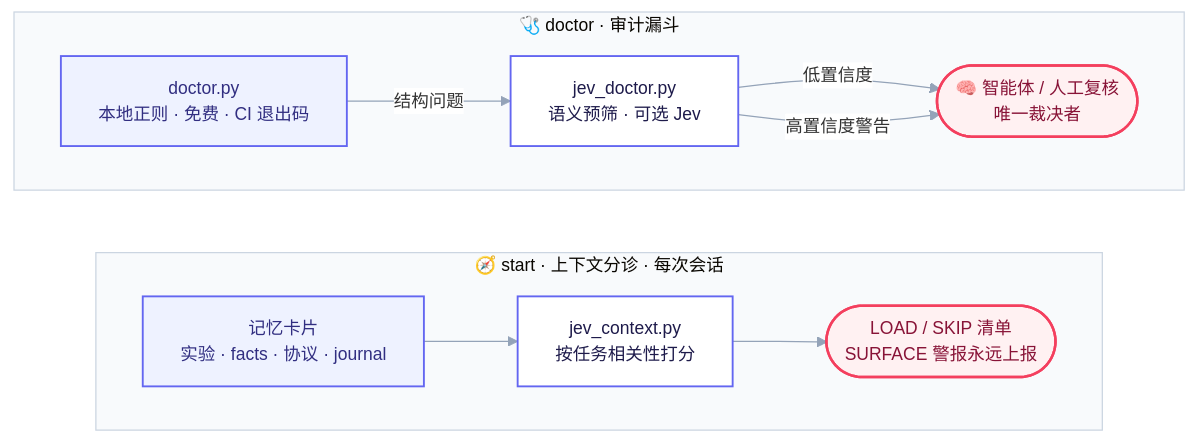
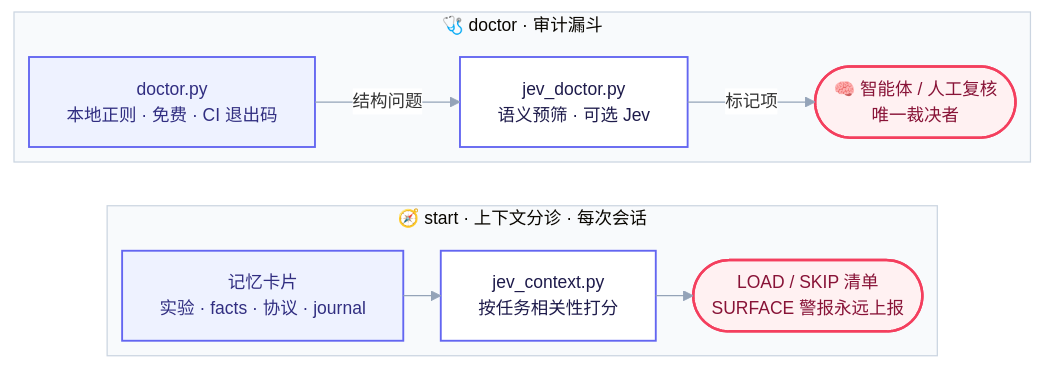
The second of 2 diagrams in README.zh-CN.md (poiuyjie/jev_project_context), drawn with Mermaid before and after one commit. The commit also changed other lines of this file and 1 other file, not shown here.

Commit message:
Fix crooked edges: switch to ELK orthogonal renderer, move start into the session loop, drop cross-cluster back edges

````diff
--- a/README.zh-CN.md
+++ b/README.zh-CN.md
@@ -48,27 +47,26 @@
 ```mermaid
 flowchart TB
-    %%{init: {"theme":"base","themeVariables":{"fontFamily":"Inter, ui-sans-serif, system-ui, sans-serif","fontSize":"14px","clusterBkg":"#F8FAFC","clusterBorder":"#CBD5E1","lineColor":"#94A3B8","edgeLabelBackground":"#FFFFFF"}}}%%
+    %%{init: {"flowchart":{"defaultRenderer":"elk"},"theme":"base","themeVariables":{"fontFamily":"Inter, ui-sans-serif, system-ui, sans-serif","fontSize":"14px","clusterBkg":"#F8FAFC","clusterBorder":"#CBD5E1","lineColor":"#94A3B8","edgeLabelBackground":"#FFFFFF"}}}%%
     subgraph audit["🩺 doctor · 审计漏斗"]
         direction LR
         l1["doctor.py<br/>本地正则 · 免费 · CI 退出码"]:::c1
         l2["jev_doctor.py<br/>语义预筛 · 可选 Jev"]:::c2
         l3(["🧠 智能体 / 人工复核<br/>唯一裁决者"]):::c3
         l1 -->|结构问题| l2
-        l2 -->|低置信度| l3
-        l2 -->|高置信度警告| l3
+        l2 -->|标记项| l3
     end
 
     subgraph triage["🧭 start · 上下文分诊 · 每次会话"]
         direction LR
         s1["记忆卡片<br/>实验 · facts · 协议 · journal"]:::c1
         s2["jev_context.py<br/>按任务相关性打分"]:::c2
         s3(["LOAD / SKIP 清单<br/>SURFACE 警报永远上报"]):::c3
         s1 --> s2 --> s3
     end
 
     audit ~~~ triage
 
     classDef c1 fill:#EEF2FF,stroke:#6366F1,stroke-width:1.5px,color:#312E81;
     classDef c2 fill:#FFFFFF,stroke:#6366F1,stroke-width:1.5px,color:#1E1B4B;
     classDef c3 fill:#FFF1F2,stroke:#F43F5E,stroke-width:2px,color:#881337;
 ```
````
